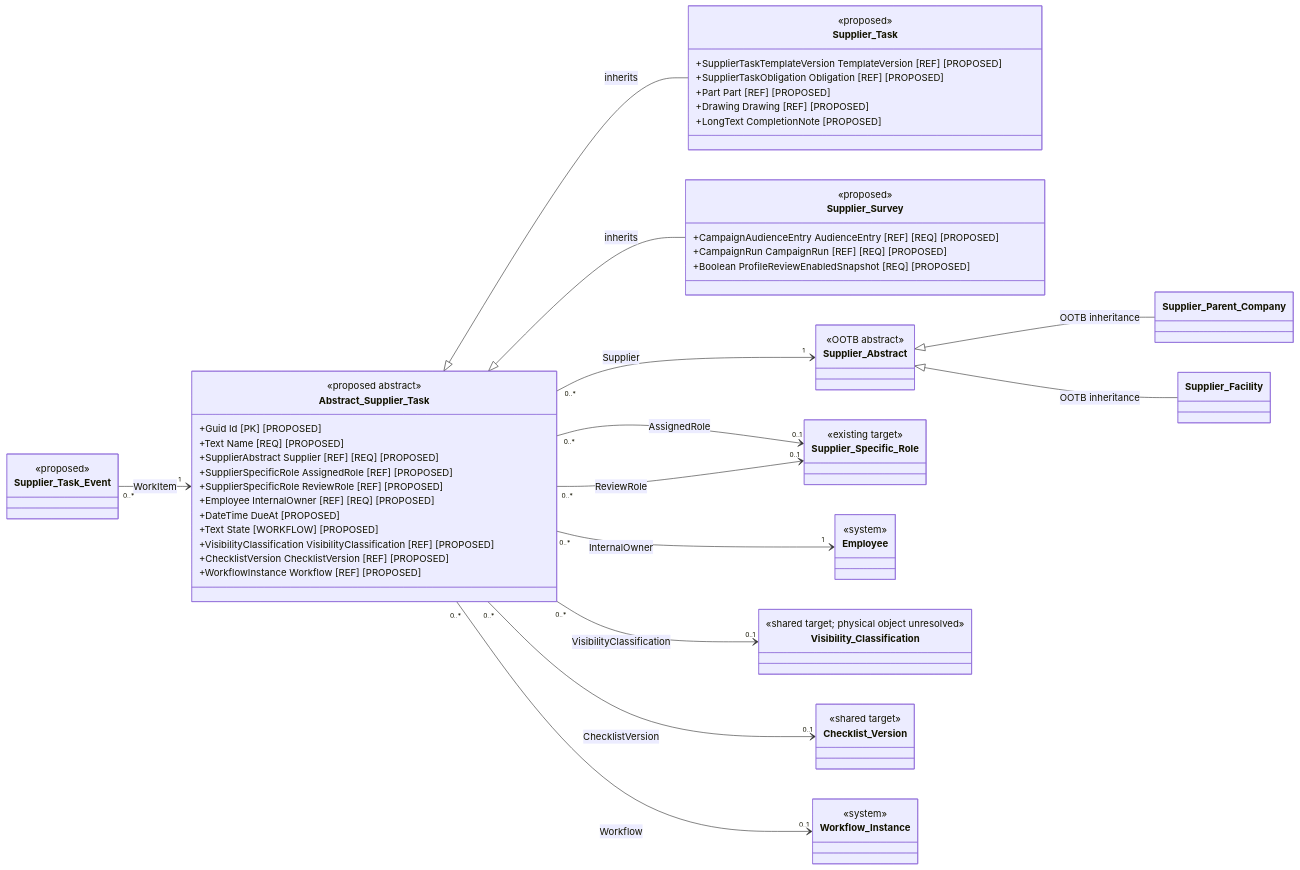
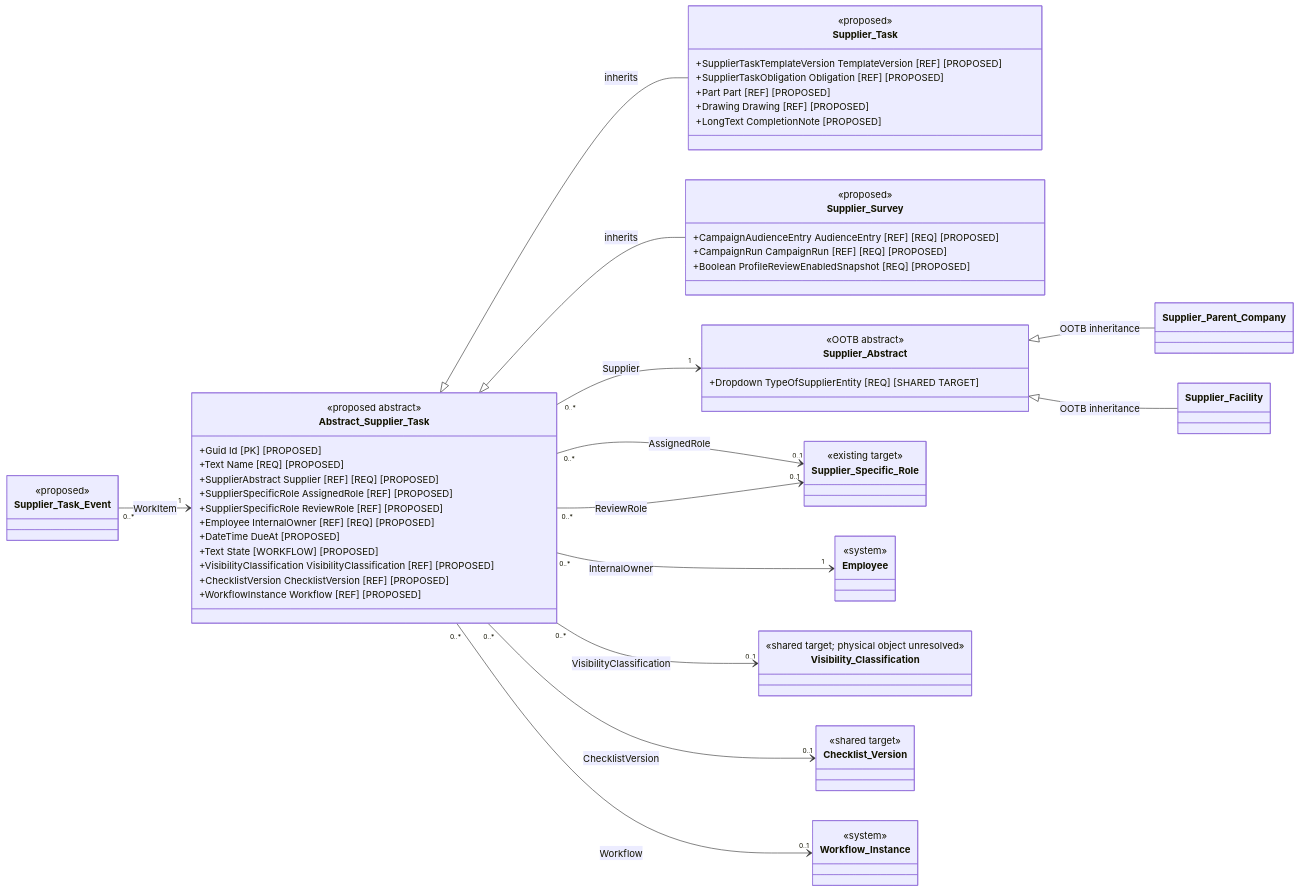
One commit to Summit-EHSQ/subaru changed the first of 5 diagrams in docs/phase 2/supplier-relationship-management/solution_specification/object_model/supplier-tasks-technical-specification.md. Above: the diagram before and after it, drawn with Mermaid. The commit also changed other lines of this file and 1 other file, not shown here.

Commit message:
Additional Supplier Survey Content

````diff
--- a/docs/phase 2/supplier-relationship-management/solution_specification/object_model/supplier-tasks-technical-specification.md
+++ b/docs/phase 2/supplier-relationship-management/solution_specification/object_model/supplier-tasks-technical-specification.md
@@ -116,72 +120,73 @@
 ```mermaid
 classDiagram
 direction LR
 
 class Abstract_Supplier_Task {
   <<proposed abstract>>
   +Guid Id [PK] [PROPOSED]
   +Text Name [REQ] [PROPOSED]
   +SupplierAbstract Supplier [REF] [REQ] [PROPOSED]
   +SupplierSpecificRole AssignedRole [REF] [PROPOSED]
   +SupplierSpecificRole ReviewRole [REF] [PROPOSED]
   +Employee InternalOwner [REF] [REQ] [PROPOSED]
   +DateTime DueAt [PROPOSED]
   +Text State [WORKFLOW] [PROPOSED]
   +VisibilityClassification VisibilityClassification [REF] [PROPOSED]
   +ChecklistVersion ChecklistVersion [REF] [PROPOSED]
   +WorkflowInstance Workflow [REF] [PROPOSED]
 }
 
 class Supplier_Task {
   <<proposed>>
   +SupplierTaskTemplateVersion TemplateVersion [REF] [PROPOSED]
   +SupplierTaskObligation Obligation [REF] [PROPOSED]
   +Part Part [REF] [PROPOSED]
   +Drawing Drawing [REF] [PROPOSED]
   +LongText CompletionNote [PROPOSED]
 }
 class Supplier_Survey {
   <<proposed>>
   +CampaignAudienceEntry AudienceEntry [REF] [REQ] [PROPOSED]
   +CampaignRun CampaignRun [REF] [REQ] [PROPOSED]
   +Boolean ProfileReviewEnabledSnapshot [REQ] [PROPOSED]
 }
 
 class Supplier_Abstract {
   <<OOTB abstract>>
+  +Dropdown TypeOfSupplierEntity [REQ] [SHARED TARGET]
 }
 class Supplier_Parent_Company
 class Supplier_Facility
 class Supplier_Specific_Role {
   <<existing target>>
 }
 class Employee {
   <<system>>
 }
 class Visibility_Classification {
   <<shared target; physical object unresolved>>
 }
 class Checklist_Version {
   <<shared target>>
 }
 class Workflow_Instance {
   <<system>>
 }
 class Supplier_Task_Event {
   <<proposed>>
 }
 
 Abstract_Supplier_Task <|-- Supplier_Task : inherits
 Abstract_Supplier_Task <|-- Supplier_Survey : inherits
 Supplier_Abstract <|-- Supplier_Parent_Company : OOTB inheritance
 Supplier_Abstract <|-- Supplier_Facility : OOTB inheritance
 
 Abstract_Supplier_Task "0..*" --> "1" Supplier_Abstract : Supplier
 Abstract_Supplier_Task "0..*" --> "0..1" Supplier_Specific_Role : AssignedRole
 Abstract_Supplier_Task "0..*" --> "0..1" Supplier_Specific_Role : ReviewRole
 Abstract_Supplier_Task "0..*" --> "1" Employee : InternalOwner
 Abstract_Supplier_Task "0..*" --> "0..1" Visibility_Classification : VisibilityClassification
 Abstract_Supplier_Task "0..*" --> "0..1" Checklist_Version : ChecklistVersion
 Abstract_Supplier_Task "0..*" --> "0..1" Workflow_Instance : Workflow
 Supplier_Task_Event "0..*" --> "1" Abstract_Supplier_Task : WorkItem
 ```
````
